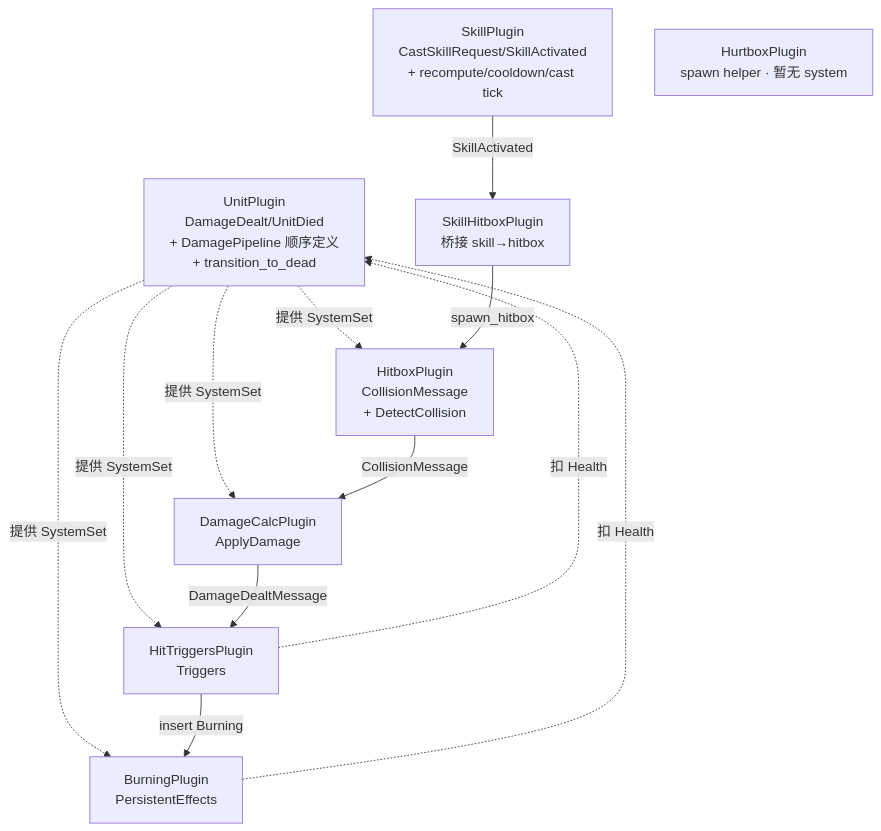
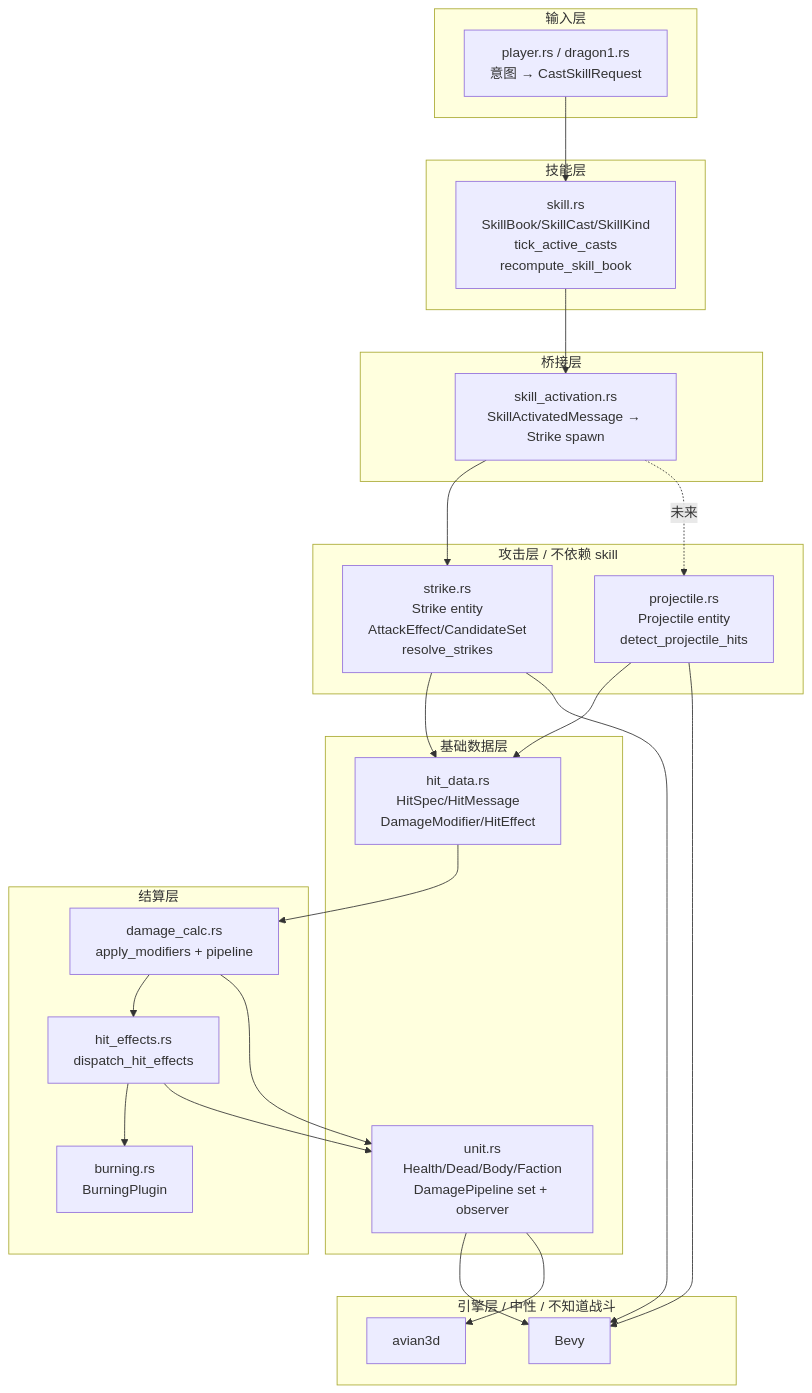
Before and after one commit to seekerlee/percussion: diagram 12 of 12 in doc/skill-system.md, drawn with Mermaid. The commit also changed other lines of this file, not shown here.

Commit message:
重写 doc/skill-system.md：同步到当前 Strike / CandidateSet / DamagePipeline

````diff
--- a/doc/skill-system.md
+++ b/doc/skill-system.md
@@ -466,23 +975,52 @@
 ```mermaid
-flowchart TB
-    UP[UnitPlugin<br/>DamageDealt/UnitDied<br/>+ DamagePipeline 顺序定义<br/>+ transition_to_dead]
-    SP[SkillPlugin<br/>CastSkillRequest/SkillActivated<br/>+ recompute/cooldown/cast tick]
-    SHP[SkillHitboxPlugin<br/>桥接 skill→hitbox]
-    HP[HitboxPlugin<br/>CollisionMessage<br/>+ DetectCollision]
-    DCP[DamageCalcPlugin<br/>ApplyDamage]
-    HTP[HitTriggersPlugin<br/>Triggers]
-    BP[BurningPlugin<br/>PersistentEffects]
-    HXP[HurtboxPlugin<br/>spawn helper · 暂无 system]
+flowchart TD
+    subgraph engine[引擎层 / 中性 / 不知道战斗]
+        BV[Bevy]
+        AV[avian3d]
+    end
 
-    UP -. 提供 SystemSet .-> HP
-    UP -. 提供 SystemSet .-> DCP
-    UP -. 提供 SystemSet .-> HTP
-    UP -. 提供 SystemSet .-> BP
-    SP -- SkillActivated --> SHP
-    SHP -- spawn_hitbox --> HP
-    HP -- CollisionMessage --> DCP
-    DCP -- DamageDealtMessage --> HTP
-    HTP -- insert Burning --> BP
-    BP -. 扣 Health .-> UP
-    HTP -. 扣 Health .-> UP
+    subgraph layer0[基础数据层]
+        UN[unit.rs<br/>Health/Dead/Body/Faction<br/>DamagePipeline set + observer]
+        HD[hit_data.rs<br/>HitSpec/HitMessage<br/>DamageModifier/HitEffect]
+    end
+
+    subgraph layer1[攻击层 / 不依赖 skill]
+        STK[strike.rs<br/>Strike entity<br/>AttackEffect/CandidateSet<br/>resolve_strikes]
+        PRJ[projectile.rs<br/>Projectile entity<br/>detect_projectile_hits]
+    end
+
+    subgraph layer2[结算层]
+        DC[damage_calc.rs<br/>apply_modifiers + pipeline]
+        HE[hit_effects.rs<br/>dispatch_hit_effects]
+        BRN[burning.rs<br/>BurningPlugin]
+    end
+
+    subgraph layer3[技能层]
+        SK[skill.rs<br/>SkillBook/SkillCast/SkillKind<br/>tick_active_casts<br/>recompute_skill_book]
+    end
+
+    subgraph layer4[桥接层]
+        SA[skill_activation.rs<br/>SkillActivatedMessage → Strike spawn]
+    end
+
+    subgraph layer5[输入层]
+        PL[player.rs / dragon1.rs<br/>意图 → CastSkillRequest]
+    end
+
+    PL --> SK
+    SK --> SA
+    SA --> STK
+    SA -.未来.-> PRJ
+    STK --> HD
+    PRJ --> HD
+    HD --> DC
+    DC --> HE
+    HE --> BRN
+    DC --> UN
+    HE --> UN
+
+    UN --> BV
+    UN --> AV
+    STK --> BV
+    PRJ --> BV
 ```
````
